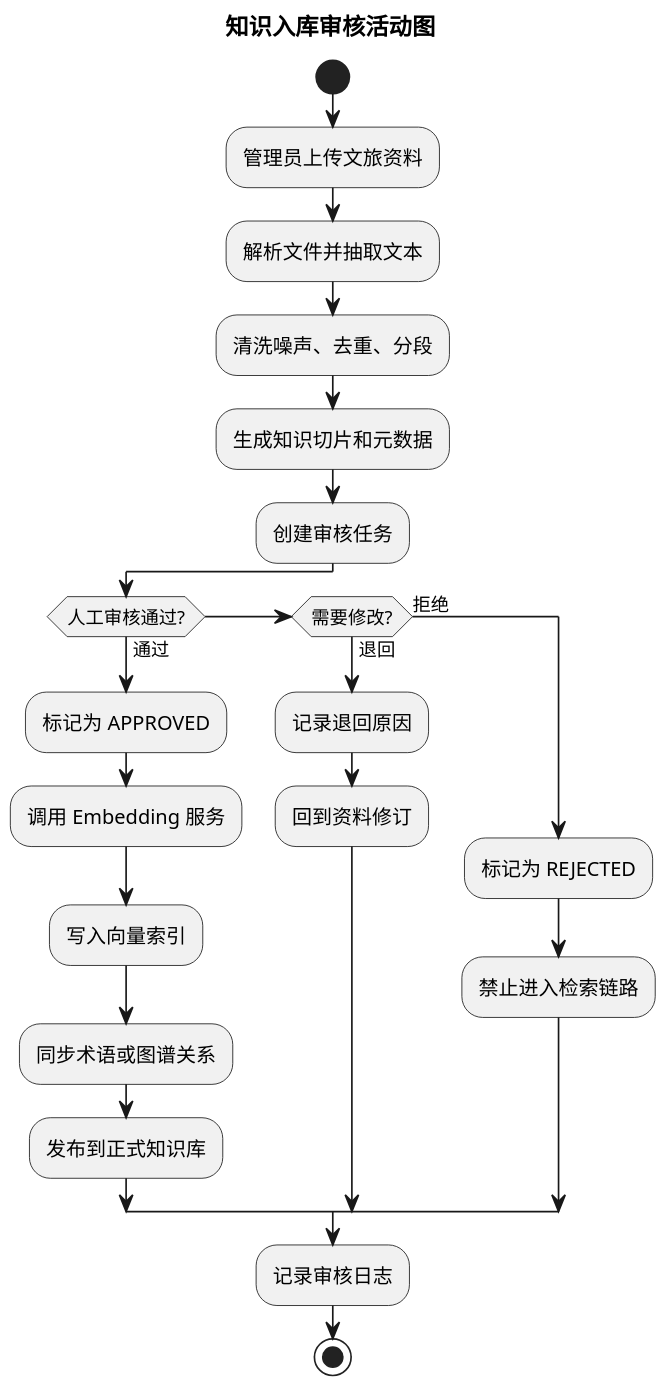
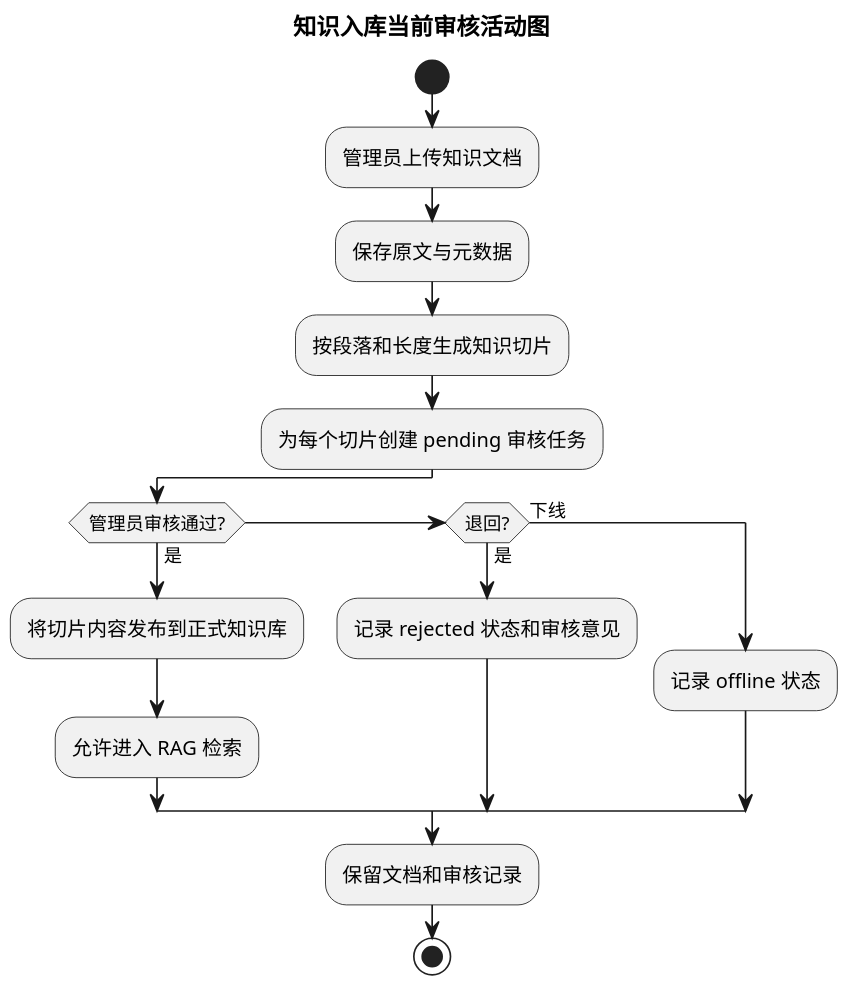
The diagram in docs/文档/figures/design-knowledge-review-activity.puml (Unk1ndledAC/linguaspace), drawn with PlantUML before and after one commit. The commit also changed 80 other files, not shown here.

```diff
--- a/docs/文档/figures/design-knowledge-review-activity.puml
+++ b/docs/文档/figures/design-knowledge-review-activity.puml
@@ -1,27 +1,20 @@
 @startuml
 skinparam dpi 160
 skinparam shadowing false
-title 知识入库审核活动图
-
+title 知识入库当前审核活动图
 start
-:管理员上传文旅资料;
-:解析文件并抽取文本;
-:清洗噪声、去重、分段;
-:生成知识切片和元数据;
-:创建审核任务;
-if (人工审核通过?) then (通过)
-  :标记为 APPROVED;
-  :调用 Embedding 服务;
-  :写入向量索引;
-  :同步术语或图谱关系;
-  :发布到正式知识库;
-elseif (需要修改?) then (退回)
-  :记录退回原因;
-  :回到资料修订;
-else (拒绝)
-  :标记为 REJECTED;
-  :禁止进入检索链路;
+:管理员上传知识文档;
+:保存原文与元数据;
+:按段落和长度生成知识切片;
+:为每个切片创建 pending 审核任务;
+if (管理员审核通过?) then (是)
+  :将切片内容发布到正式知识库;
+  :允许进入 RAG 检索;
+elseif (退回?) then (是)
+  :记录 rejected 状态和审核意见;
+else (下线)
+  :记录 offline 状态;
 endif
-:记录审核日志;
+:保留文档和审核记录;
 stop
 @enduml
```
